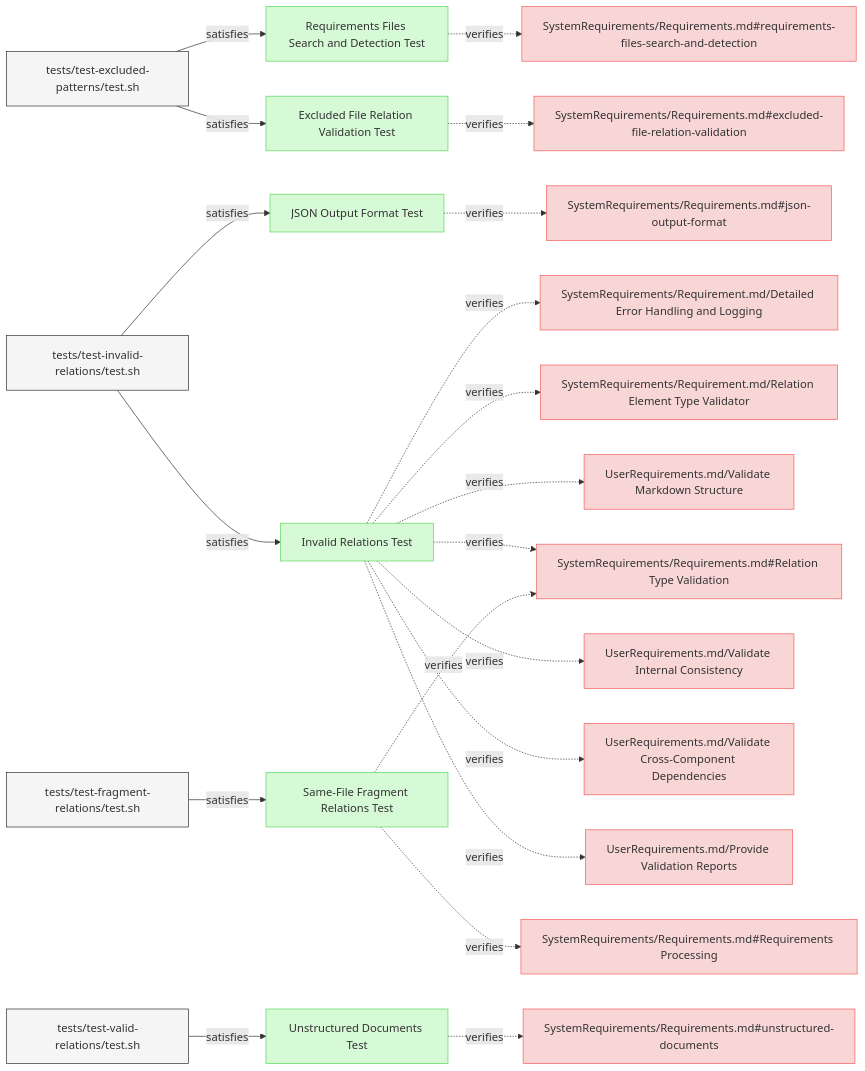
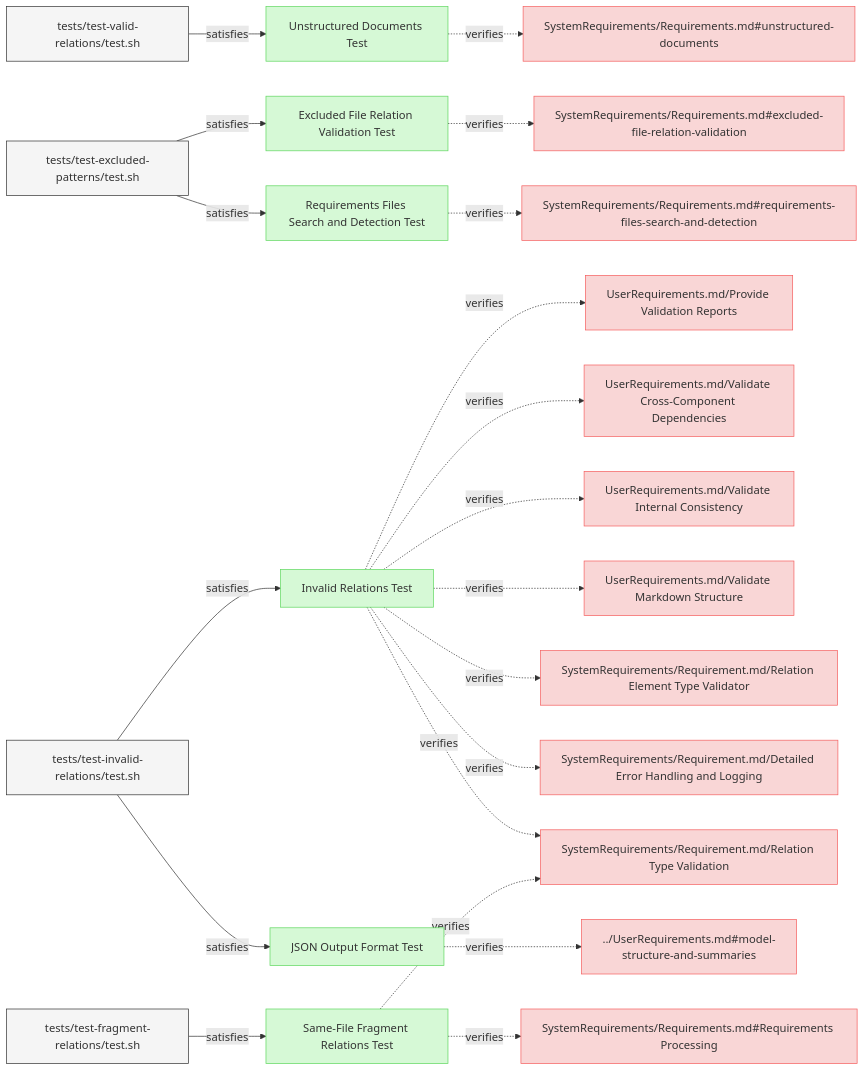
The first of 2 diagrams in specifications/Verifications/ValidationTests.md (reqvire-org/reqvire), drawn with Mermaid before and after one commit. The commit also changed other lines of this file and 20 other files, not shown here.

````diff
--- a/specifications/Verifications/ValidationTests.md
+++ b/specifications/Verifications/ValidationTests.md
@@ -11,89 +11,89 @@
   classDef externalLink fill:#d0e0ff,stroke:#3080ff,stroke-width:1px;
   classDef default fill:#f5f5f5,stroke:#333333,stroke-width:1px;
 
+  94776cf061319810["Unstructured Documents Test"];
+  click 94776cf061319810 "https://github.com/Reqvire/reqvire/blob/667635d4628fed400323f7df3689af2dbc2ad666/specifications/Verifications/ValidationTests.md#unstructured-documents-test";
+  class 94776cf061319810 verification;
+  3f1abb8fd2d7c9c2["SystemRequirements/Requirements.md#unstructured-documents"];
+  class 3f1abb8fd2d7c9c2 requirement;
+  click 3f1abb8fd2d7c9c2 "https://github.com/Reqvire/reqvire/blob/667635d4628fed400323f7df3689af2dbc2ad666/specifications/SystemRequirements/Requirements.md#unstructured-documents";
+  94776cf061319810 -.->|verifies| 3f1abb8fd2d7c9c2;
+  7cf643f1c1578783["tests/test-valid-relations/test.sh"];
+  class 7cf643f1c1578783 default;
+  click 7cf643f1c1578783 "https://github.com/Reqvire/reqvire/blob/667635d4628fed400323f7df3689af2dbc2ad666/tests/test-valid-relations/test.sh";
+  7cf643f1c1578783 -->|satisfies| 94776cf061319810;
   5bf3bc3f9637ec2c["Requirements Files Search and Detection Test"];
-  click 5bf3bc3f9637ec2c "https://github.com/Reqvire/reqvire/blob/30536324899084e88969175e3613c971ffa6e108/specifications/Verifications/ValidationTests.md#requirements-files-search-and-detection-test";
+  click 5bf3bc3f9637ec2c "https://github.com/Reqvire/reqvire/blob/667635d4628fed400323f7df3689af2dbc2ad666/specifications/Verifications/ValidationTests.md#requirements-files-search-and-detection-test";
   class 5bf3bc3f9637ec2c verification;
   33b15634cbc8d029["SystemRequirements/Requirements.md#requirements-files-search-and-detection"];
   class 33b15634cbc8d029 requirement;
-  click 33b15634cbc8d029 "https://github.com/Reqvire/reqvire/blob/30536324899084e88969175e3613c971ffa6e108/specifications/SystemRequirements/Requirements.md#requirements-files-search-and-detection";
+  click 33b15634cbc8d029 "https://github.com/Reqvire/reqvire/blob/667635d4628fed400323f7df3689af2dbc2ad666/specifications/SystemRequirements/Requirements.md#requirements-files-search-and-detection";
   5bf3bc3f9637ec2c -.->|verifies| 33b15634cbc8d029;
   ec11a68aa5b4bdc1["tests/test-excluded-patterns/test.sh"];
   class ec11a68aa5b4bdc1 default;
-  click ec11a68aa5b4bdc1 "https://github.com/Reqvire/reqvire/blob/30536324899084e88969175e3613c971ffa6e108/tests/test-excluded-patterns/test.sh";
+  click ec11a68aa5b4bdc1 "https://github.com/Reqvire/reqvire/blob/667635d4628fed400323f7df3689af2dbc2ad666/tests/test-excluded-patterns/test.sh";
   ec11a68aa5b4bdc1 -->|satisfies| 5bf3bc3f9637ec2c;
+  ec87ed0e04fcf5c6["JSON Output Format Test"];
+  click ec87ed0e04fcf5c6 "https://github.com/Reqvire/reqvire/blob/667635d4628fed400323f7df3689af2dbc2ad666/specifications/Verifications/ValidationTests.md#json-output-format-test";
+  class ec87ed0e04fcf5c6 verification;
+  40de7485b25294["../UserRequirements.md#model-structure-and-summaries"];
+  class 40de7485b25294 requirement;
+  click 40de7485b25294 "https://github.com/Reqvire/reqvire/blob/667635d4628fed400323f7df3689af2dbc2ad666/specifications/UserRequirements.md#model-structure-and-summaries";
+  ec87ed0e04fcf5c6 -.->|verifies| 40de7485b25294;
+  36d2b2cb50297425["tests/test-invalid-relations/test.sh"];
+  class 36d2b2cb50297425 default;
+  click 36d2b2cb50297425 "https://github.com/Reqvire/reqvire/blob/667635d4628fed400323f7df3689af2dbc2ad666/tests/test-invalid-relations/test.sh";
+  36d2b2cb50297425 -->|satisfies| ec87ed0e04fcf5c6;
+  a24c2f4208509008["Invalid Relations Test"];
+  click a24c2f4208509008 "https://github.com/Reqvire/reqvire/blob/667635d4628fed400323f7df3689af2dbc2ad666/specifications/Verifications/ValidationTests.md#invalid-relations-test";
+  class a24c2f4208509008 verification;
+  d72f6096b9a5dd8e["SystemRequirements/Requirement.md/Detailed Error Handling and Logging"];
+  class d72f6096b9a5dd8e requirement;
+  click d72f6096b9a5dd8e "https://github.com/Reqvire/reqvire/blob/667635d4628fed400323f7df3689af2dbc2ad666/specifications/SystemRequirements/Requirements.md#detailed-error-handling-and-logging";
+  a24c2f4208509008 -.->|verifies| d72f6096b9a5dd8e;
+  bff4e3e834a9ffcc["SystemRequirements/Requirement.md/Relation Type Validation"];
+  class bff4e3e834a9ffcc requirement;
+  click bff4e3e834a9ffcc "https://github.com/Reqvire/reqvire/blob/667635d4628fed400323f7df3689af2dbc2ad666/specifications/SystemRequirements/Requirements.md#relation-type-validation";
+  a24c2f4208509008 -.->|verifies| bff4e3e834a9ffcc;
+  774d12db509b4a55["SystemRequirements/Requirement.md/Relation Element Type Validator"];
+  class 774d12db509b4a55 requirement;
+  click 774d12db509b4a55 "https://github.com/Reqvire/reqvire/blob/667635d4628fed400323f7df3689af2dbc2ad666/specifications/SystemRequirements/Requirements.md#relation-element-type-validator";
+  a24c2f4208509008 -.->|verifies| 774d12db509b4a55;
+  7ec3cb7f400a2e8d["UserRequirements.md/Validate Markdown Structure"];
+  class 7ec3cb7f400a2e8d requirement;
+  click 7ec3cb7f400a2e8d "https://github.com/Reqvire/reqvire/blob/667635d4628fed400323f7df3689af2dbc2ad666/specifications/UserRequirements.md#validate-markdown-structure";
+  a24c2f4208509008 -.->|verifies| 7ec3cb7f400a2e8d;
+  f9182ad2999d989c["UserRequirements.md/Validate Internal Consistency"];
+  class f9182ad2999d989c requirement;
+  click f9182ad2999d989c "https://github.com/Reqvire/reqvire/blob/667635d4628fed400323f7df3689af2dbc2ad666/specifications/UserRequirements.md#validate-internal-consistency";
+  a24c2f4208509008 -.->|verifies| f9182ad2999d989c;
+  ee05a46627b568b7["UserRequirements.md/Validate Cross-Component Dependencies"];
+  class ee05a46627b568b7 requirement;
+  click ee05a46627b568b7 "https://github.com/Reqvire/reqvire/blob/667635d4628fed400323f7df3689af2dbc2ad666/specifications/UserRequirements.md#validate-cross-component-dependencies";
+  a24c2f4208509008 -.->|verifies| ee05a46627b568b7;
+  2d3cfde19fc6bb79["UserRequirements.md/Provide Validation Reports"];
+  class 2d3cfde19fc6bb79 requirement;
+  click 2d3cfde19fc6bb79 "https://github.com/Reqvire/reqvire/blob/667635d4628fed400323f7df3689af2dbc2ad666/specifications/UserRequirements.md#provide-validation-reports";
+  a24c2f4208509008 -.->|verifies| 2d3cfde19fc6bb79;
+  36d2b2cb50297425 -->|satisfies| a24c2f4208509008;
   19bbc820b0234421["Excluded File Relation Validation Test"];
-  click 19bbc820b0234421 "https://github.com/Reqvire/reqvire/blob/30536324899084e88969175e3613c971ffa6e108/specifications/Verifications/ValidationTests.md#excluded-file-relation-validation-test";
+  click 19bbc820b0234421 "https://github.com/Reqvire/reqvire/blob/667635d4628fed400323f7df3689af2dbc2ad666/specifications/Verifications/ValidationTests.md#excluded-file-relation-validation-test";
   class 19bbc820b0234421 verification;
   3871ef72a30780e5["SystemRequirements/Requirements.md#excluded-file-relation-validation"];
   class 3871ef72a30780e5 requirement;
-  click 3871ef72a30780e5 "https://github.com/Reqvire/reqvire/blob/30536324899084e88969175e3613c971ffa6e108/specifications/SystemRequirements/Requirements.md#excluded-file-relation-validation";
+  click 3871ef72a30780e5 "https://github.com/Reqvire/reqvire/blob/667635d4628fed400323f7df3689af2dbc2ad666/specifications/SystemRequirements/Requirements.md#excluded-file-relation-validation";
   19bbc820b0234421 -.->|verifies| 3871ef72a30780e5;
   ec11a68aa5b4bdc1 -->|satisfies| 19bbc820b0234421;
-  ec87ed0e04fcf5c6["JSON Output Format Test"];
-  click ec87ed0e04fcf5c6 "https://github.com/Reqvire/reqvire/blob/30536324899084e88969175e3613c971ffa6e108/specifications/Verifications/ValidationTests.md#json-output-format-test";
-  class ec87ed0e04fcf5c6 verification;
-  bf6c9ff8abbc637b["SystemRequirements/Requirements.md#json-output-format"];
-  class bf6c9ff8abbc637b requirement;
-  click bf6c9ff8abbc637b "https://github.com/Reqvire/reqvire/blob/30536324899084e88969175e3613c971ffa6e108/specifications/SystemRequirements/Requirements.md#json-output-format";
-  ec87ed0e04fcf5c6 -.->|verifies| bf6c9ff8abbc637b;
-  36d2b2cb50297425["tests/test-invalid-relations/test.sh"];
-  class 36d2b2cb50297425 default;
-  click 36d2b2cb50297425 "https://github.com/Reqvire/reqvire/blob/30536324899084e88969175e3613c971ffa6e108/tests/test-invalid-relations/test.sh";
-  36d2b2cb50297425 -->|satisfies| ec87ed0e04fcf5c6;
   51427eae92058e14["Same-File Fragment Relations Test"];
-  click 51427eae92058e14 "https://github.com/Reqvire/reqvire/blob/30536324899084e88969175e3613c971ffa6e108/specifications/Verifications/ValidationTests.md#same-file-fragment-relations-test";
+  click 51427eae92058e14 "https://github.com/Reqvire/reqvire/blob/667635d4628fed400323f7df3689af2dbc2ad666/specifications/Verifications/ValidationTests.md#same-file-fragment-relations-test";
   class 51427eae92058e14 verification;
-  bff4e3e834a9ffcc["SystemRequirements/Requirements.md#Relation Type Validation"];
-  class bff4e3e834a9ffcc requirement;
-  click bff4e3e834a9ffcc "https://github.com/Reqvire/reqvire/blob/30536324899084e88969175e3613c971ffa6e108/specifications/SystemRequirements/Requirements.md#relation-type-validation";
   51427eae92058e14 -.->|verifies| bff4e3e834a9ffcc;
   f24f11691f55af62["SystemRequirements/Requirements.md#Requirements Processing"];
   class f24f11691f55af62 requirement;
-  click f24f11691f55af62 "https://github.com/Reqvire/reqvire/blob/30536324899084e88969175e3613c971ffa6e108/specifications/SystemRequirements/Requirements.md#requirements-processing";
+  click f24f11691f55af62 "https://github.com/Reqvire/reqvire/blob/667635d4628fed400323f7df3689af2dbc2ad666/specifications/SystemRequirements/Requirements.md#requirements-processing";
   51427eae92058e14 -.->|verifies| f24f11691f55af62;
   a4c8929dc751b4b1["tests/test-fragment-relations/test.sh"];
   class a4c8929dc751b4b1 default;
-  click a4c8929dc751b4b1 "https://github.com/Reqvire/reqvire/blob/30536324899084e88969175e3613c971ffa6e108/tests/test-fragment-relations/test.sh";
+  click a4c8929dc751b4b1 "https://github.com/Reqvire/reqvire/blob/667635d4628fed400323f7df3689af2dbc2ad666/tests/test-fragment-relations/test.sh";
   a4c8929dc751b4b1 -->|satisfies| 51427eae92058e14;
-  94776cf061319810["Unstructured Documents Test"];
-  click 94776cf061319810 "https://github.com/Reqvire/reqvire/blob/30536324899084e88969175e3613c971ffa6e108/specifications/Verifications/ValidationTests.md#unstructured-documents-test";
-  class 94776cf061319810 verification;
-  3f1abb8fd2d7c9c2["SystemRequirements/Requirements.md#unstructured-documents"];
-  class 3f1abb8fd2d7c9c2 requirement;
-  click 3f1abb8fd2d7c9c2 "https://github.com/Reqvire/reqvire/blob/30536324899084e88969175e3613c971ffa6e108/specifications/SystemRequirements/Requirements.md#unstructured-documents";
-  94776cf061319810 -.->|verifies| 3f1abb8fd2d7c9c2;
-  7cf643f1c1578783["tests/test-valid-relations/test.sh"];
-  class 7cf643f1c1578783 default;
-  click 7cf643f1c1578783 "https://github.com/Reqvire/reqvire/blob/30536324899084e88969175e3613c971ffa6e108/tests/test-valid-relations/test.sh";
-  7cf643f1c1578783 -->|satisfies| 94776cf061319810;
-  a24c2f4208509008["Invalid Relations Test"];
-  click a24c2f4208509008 "https://github.com/Reqvire/reqvire/blob/30536324899084e88969175e3613c971ffa6e108/specifications/Verifications/ValidationTests.md#invalid-relations-test";
-  class a24c2f4208509008 verification;
-  d72f6096b9a5dd8e["SystemRequirements/Requirement.md/Detailed Error Handling and Logging"];
-  class d72f6096b9a5dd8e requirement;
-  click d72f6096b9a5dd8e "https://github.com/Reqvire/reqvire/blob/30536324899084e88969175e3613c971ffa6e108/specifications/SystemRequirements/Requirements.md#detailed-error-handling-and-logging";
-  a24c2f4208509008 -.->|verifies| d72f6096b9a5dd8e;
-  a24c2f4208509008 -.->|verifies| bff4e3e834a9ffcc;
-  774d12db509b4a55["SystemRequirements/Requirement.md/Relation Element Type Validator"];
-  class 774d12db509b4a55 requirement;
-  click 774d12db509b4a55 "https://github.com/Reqvire/reqvire/blob/30536324899084e88969175e3613c971ffa6e108/specifications/SystemRequirements/Requirements.md#relation-element-type-validator";
-  a24c2f4208509008 -.->|verifies| 774d12db509b4a55;
-  7ec3cb7f400a2e8d["UserRequirements.md/Validate Markdown Structure"];
-  class 7ec3cb7f400a2e8d requirement;
-  click 7ec3cb7f400a2e8d "https://github.com/Reqvire/reqvire/blob/30536324899084e88969175e3613c971ffa6e108/specifications/UserRequirements.md#validate-markdown-structure";
-  a24c2f4208509008 -.->|verifies| 7ec3cb7f400a2e8d;
-  f9182ad2999d989c["UserRequirements.md/Validate Internal Consistency"];
-  class f9182ad2999d989c requirement;
-  click f9182ad2999d989c "https://github.com/Reqvire/reqvire/blob/30536324899084e88969175e3613c971ffa6e108/specifications/UserRequirements.md#validate-internal-consistency";
-  a24c2f4208509008 -.->|verifies| f9182ad2999d989c;
-  ee05a46627b568b7["UserRequirements.md/Validate Cross-Component Dependencies"];
-  class ee05a46627b568b7 requirement;
-  click ee05a46627b568b7 "https://github.com/Reqvire/reqvire/blob/30536324899084e88969175e3613c971ffa6e108/specifications/UserRequirements.md#validate-cross-component-dependencies";
-  a24c2f4208509008 -.->|verifies| ee05a46627b568b7;
-  2d3cfde19fc6bb79["UserRequirements.md/Provide Validation Reports"];
-  class 2d3cfde19fc6bb79 requirement;
-  click 2d3cfde19fc6bb79 "https://github.com/Reqvire/reqvire/blob/30536324899084e88969175e3613c971ffa6e108/specifications/UserRequirements.md#provide-validation-reports";
-  a24c2f4208509008 -.->|verifies| 2d3cfde19fc6bb79;
-  36d2b2cb50297425 -->|satisfies| a24c2f4208509008;
 ```
````
